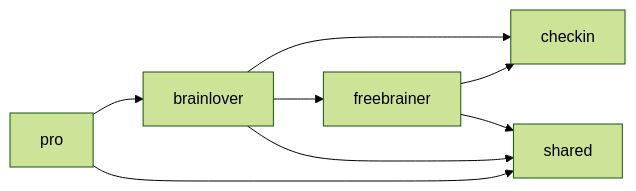
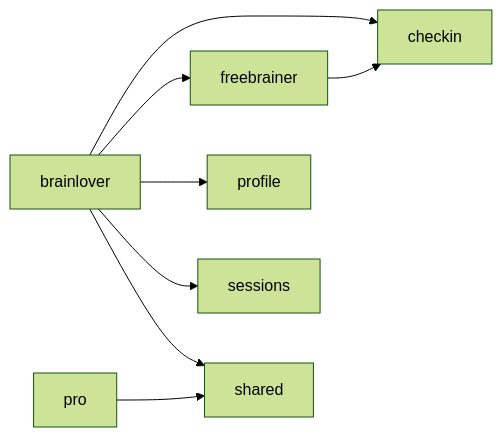
One commit to orangedrum/freebrainapp changed the diagram in FEATURES.md. Above: the diagram before and after it, drawn with Mermaid (forest theme). The commit also changed other lines of this file and 10 other files, not shown here.

````diff
--- a/FEATURES.md
+++ b/FEATURES.md
@@ -183,10 +220,10 @@
 ```mermaid
 graph LR
   brainlover-->checkin
   brainlover-->freebrainer
+  brainlover-->profile
+  brainlover-->sessions
   brainlover-->shared
   freebrainer-->checkin
-  freebrainer-->shared
-  pro-->brainlover
   pro-->shared
 ```
````
